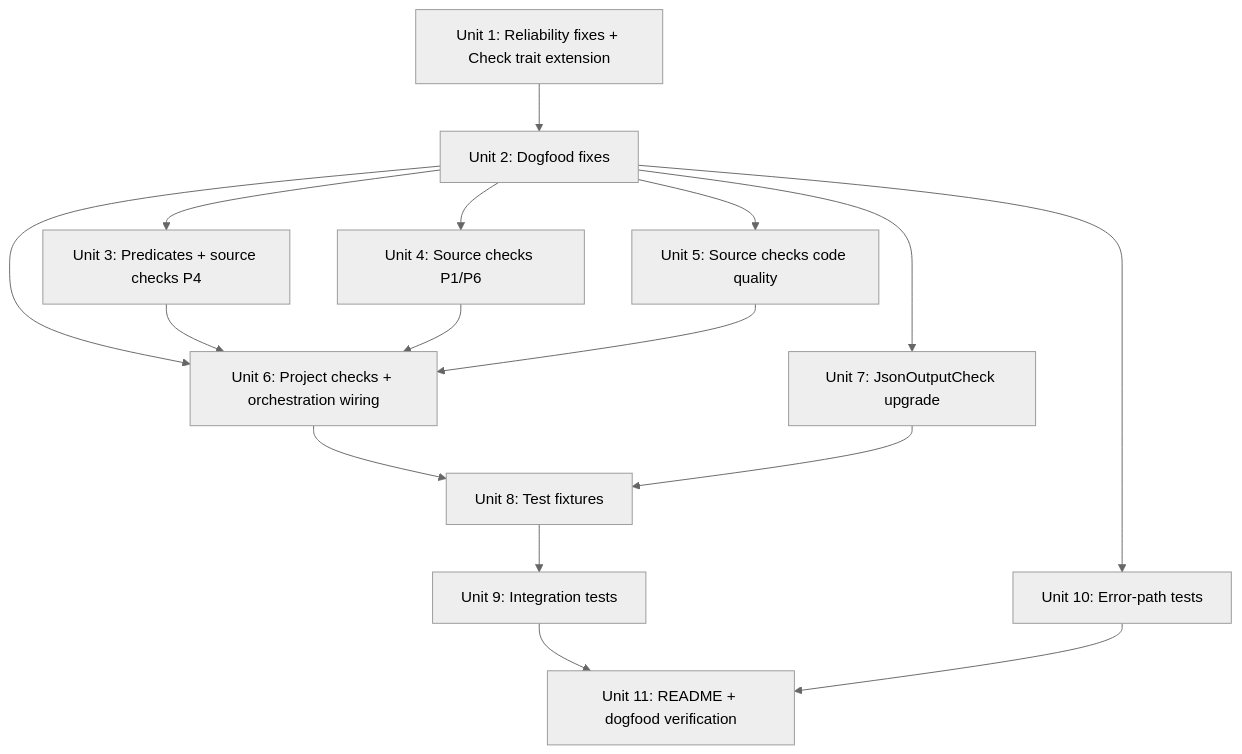
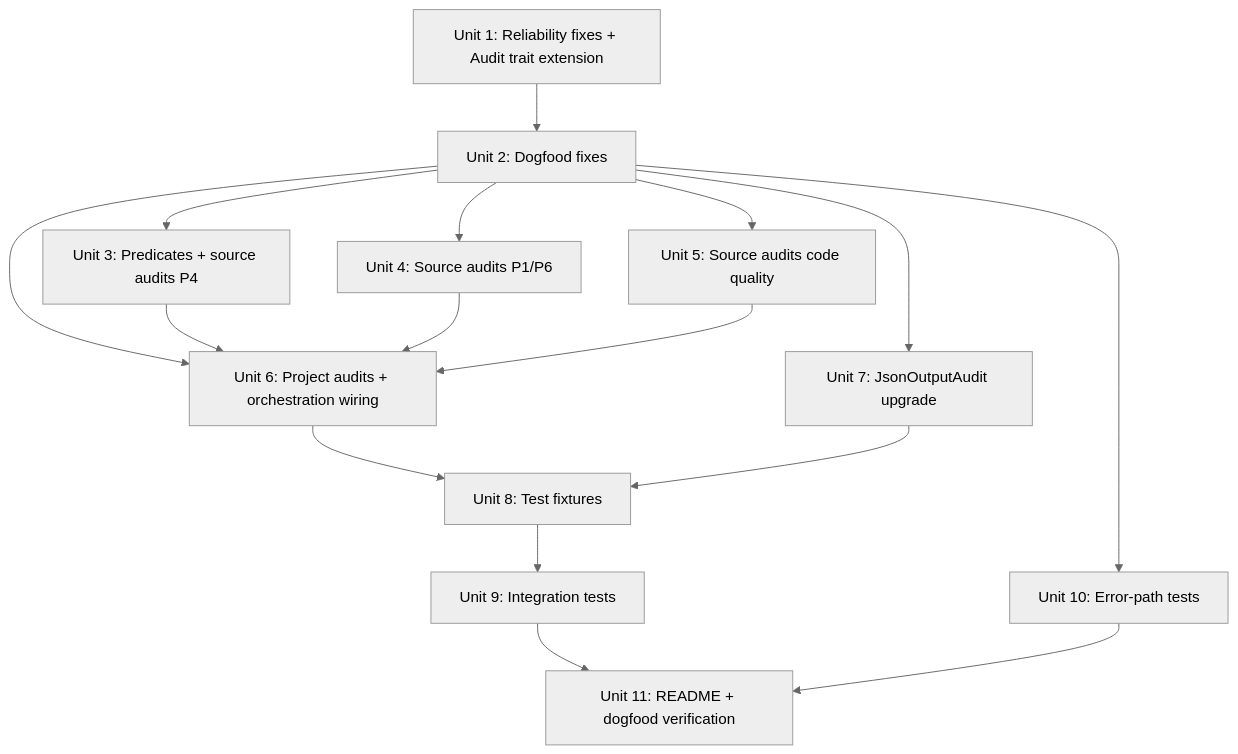
The diagram in docs/plans/2026-04-01-001-feat-v01-completion-plan.md (brettdavies/agentnative-cli), drawn with Mermaid (neutral theme) before and after one commit. The commit also changed other lines of this file and 245 other files, not shown here.

First line of the commit message:
refactor!: rename the linter's "check" domain noun to "audit" repo-wide

````diff
--- a/docs/plans/2026-04-01-001-feat-v01-completion-plan.md
+++ b/docs/plans/2026-04-01-001-feat-v01-completion-plan.md
@@ -286,30 +286,30 @@
 ```mermaid
 graph TB
-    U1[Unit 1: Reliability fixes + Check trait extension]
+    U1[Unit 1: Reliability fixes + Audit trait extension]
     U2[Unit 2: Dogfood fixes]
-    U3[Unit 3: Predicates + source checks P4]
-    U4[Unit 4: Source checks P1/P6]
-    U5[Unit 5: Source checks code quality]
-    U6[Unit 6: Project checks + orchestration wiring]
-    U7[Unit 7: JsonOutputCheck upgrade]
+    U3[Unit 3: Predicates + source audits P4]
+    U4[Unit 4: Source audits P1/P6]
+    U5[Unit 5: Source audits code quality]
+    U6[Unit 6: Project audits + orchestration wiring]
+    U7[Unit 7: JsonOutputAudit upgrade]
     U8[Unit 8: Test fixtures]
     U9[Unit 9: Integration tests]
     U10[Unit 10: Error-path tests]
     U11[Unit 11: README + dogfood verification]
 
     U1 --> U2
     U2 --> U3
     U2 --> U4
     U2 --> U5
     U2 --> U6
     U2 --> U7
     U3 --> U6
     U4 --> U6
     U5 --> U6
     U6 --> U8
     U7 --> U8
     U8 --> U9
     U2 --> U10
     U9 --> U11
     U10 --> U11
 ```
````
